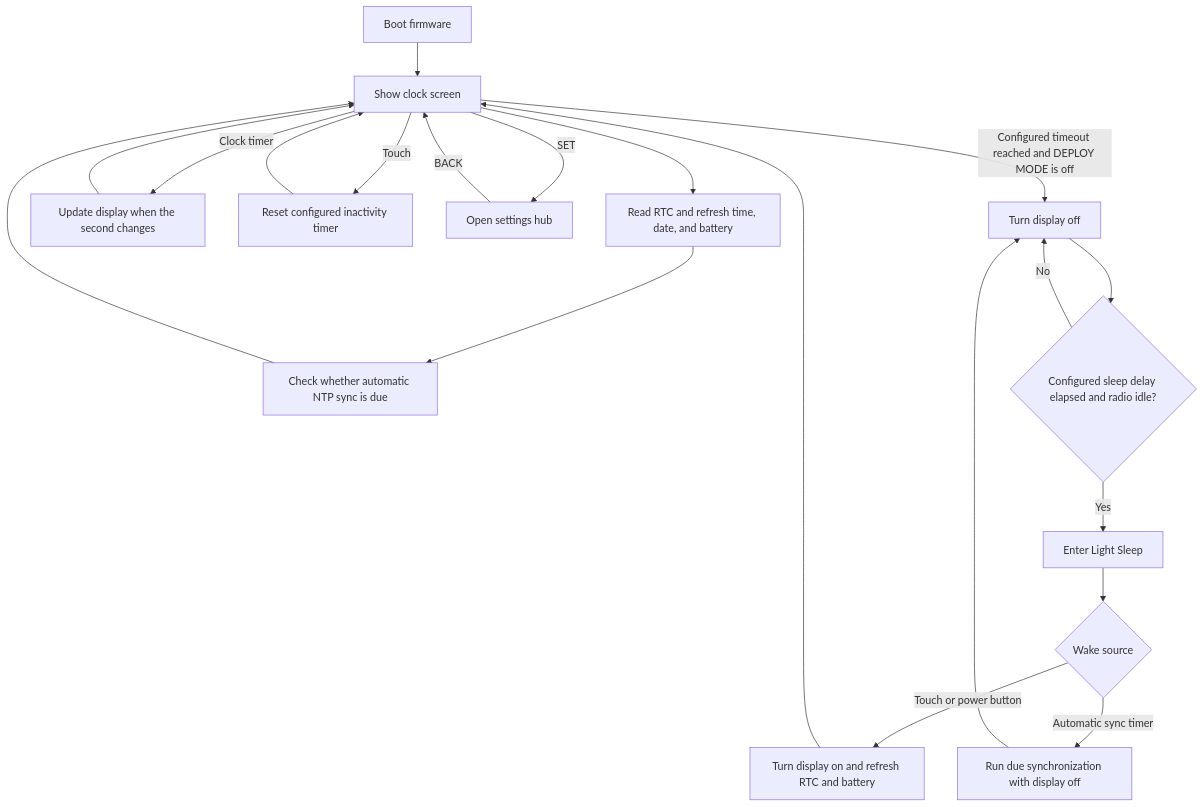
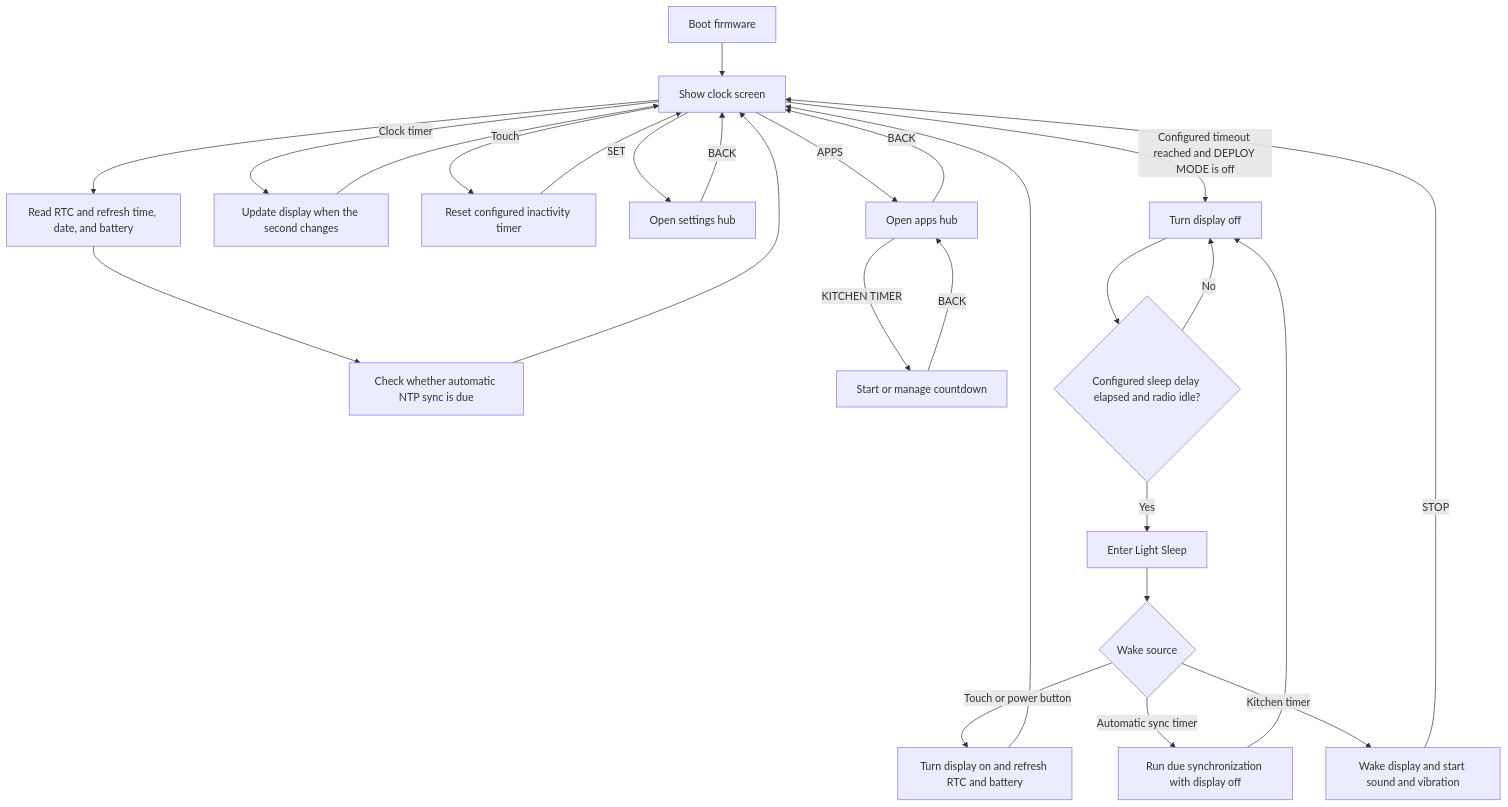
One commit to keach/LilyGoLib-PlatformIO changed the first of 6 diagrams in README.md. Above: the diagram before and after it, drawn with Mermaid. The commit also changed other lines of this file, not shown here.

Commit message:
Update README for kitchen timer and current build

````diff
--- a/README.md
+++ b/README.md
@@ -174,24 +178,30 @@
 ```mermaid
 flowchart TD
     BOOT["Boot firmware"] --> CLOCK["Show clock screen"]
     CLOCK --> REFRESH["Read RTC and refresh time, date, and battery"]
     REFRESH --> DUE["Check whether automatic NTP sync is due"]
     DUE --> CLOCK
 
     CLOCK -- "Clock timer" --> TICK["Update display when the second changes"]
     TICK --> CLOCK
     CLOCK -- "Touch" --> ACTIVE["Reset configured inactivity timer"]
     ACTIVE --> CLOCK
     CLOCK -- "SET" --> HUB["Open settings hub"]
     HUB -- "BACK" --> CLOCK
+    CLOCK -- "APPS" --> APPS["Open apps hub"]
+    APPS -- "KITCHEN TIMER" --> TIMER["Start or manage countdown"]
+    TIMER -- "BACK" --> APPS
+    APPS -- "BACK" --> CLOCK
 
     CLOCK -- "Configured timeout reached and DEPLOY MODE is off" --> OFF["Turn display off"]
     OFF --> READY{"Configured sleep delay elapsed and radio idle?"}
     READY -- "No" --> OFF
     READY -- "Yes" --> SLEEP["Enter Light Sleep"]
     SLEEP --> WAKE{"Wake source"}
     WAKE -- "Touch or power button" --> RESTORE["Turn display on and refresh RTC and battery"]
     RESTORE --> CLOCK
     WAKE -- "Automatic sync timer" --> BG["Run due synchronization with display off"]
     BG --> OFF
+    WAKE -- "Kitchen timer" --> ALERT["Wake display and start sound and vibration"]
+    ALERT -- "STOP" --> CLOCK
 ```
````
